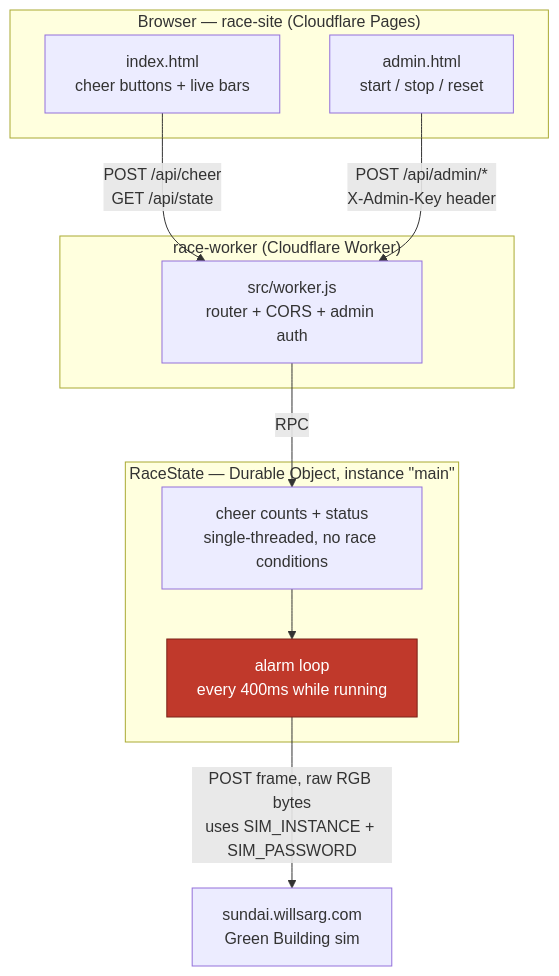
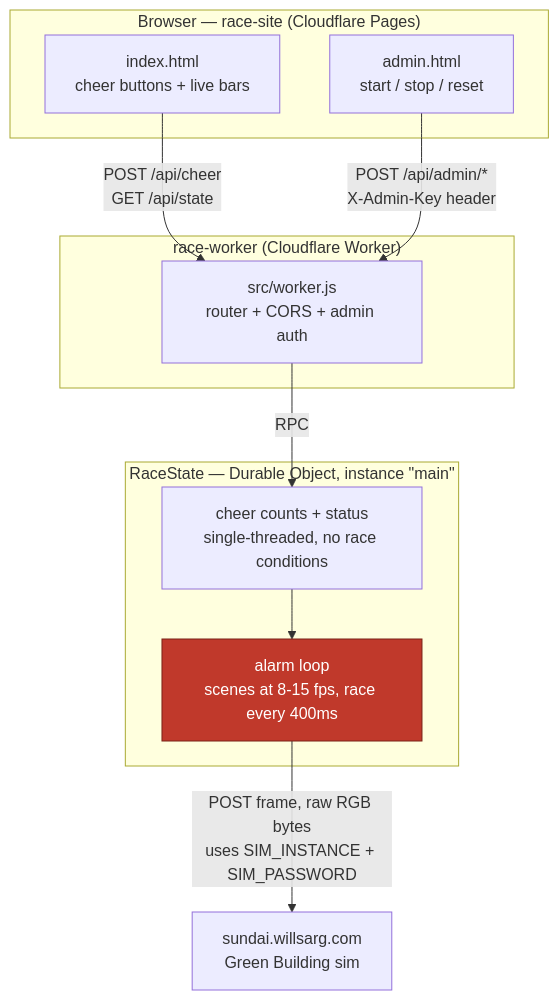
Before and after one commit to Shafeeq-IONOUS/tamagochi-on-mit: the diagram in race-worker/README.md, drawn with Mermaid. The commit also changed other lines of this file and 27 other files, not shown here.

First line of the commit message:
Add King of the Charles reign, intro and countdown scenes to race-worker

````diff
--- a/race-worker/README.md
+++ b/race-worker/README.md
@@ -20,36 +20,36 @@
 ```mermaid
 flowchart TD
     subgraph Browser["Browser — race-site (Cloudflare Pages)"]
         Public["index.html
 cheer buttons + live bars"]
         Admin["admin.html
 start / stop / reset"]
     end
 
     subgraph WorkerBox["race-worker (Cloudflare Worker)"]
         Router["src/worker.js
 router + CORS + admin auth"]
     end
 
     subgraph DOBox["RaceState — Durable Object, instance &quot;main&quot;"]
         State["cheer counts + status
 single-threaded, no race conditions"]
         Alarm["alarm loop
-every 400ms while running"]
+scenes at 8-15 fps, race every 400ms"]
     end
 
     Sim["sundai.willsarg.com
 Green Building sim"]
 
     Public -- "POST /api/cheer
 GET /api/state" --> Router
     Admin -- "POST /api/admin/*
 X-Admin-Key header" --> Router
     Router -- RPC --> State
     State --> Alarm
     Alarm -- "POST frame, raw RGB bytes
 uses SIM_INSTANCE + SIM_PASSWORD" --> Sim
 
     classDef secret fill:#c0392b,stroke:#7a2318,color:#fff
     class Alarm secret
 ```
````
